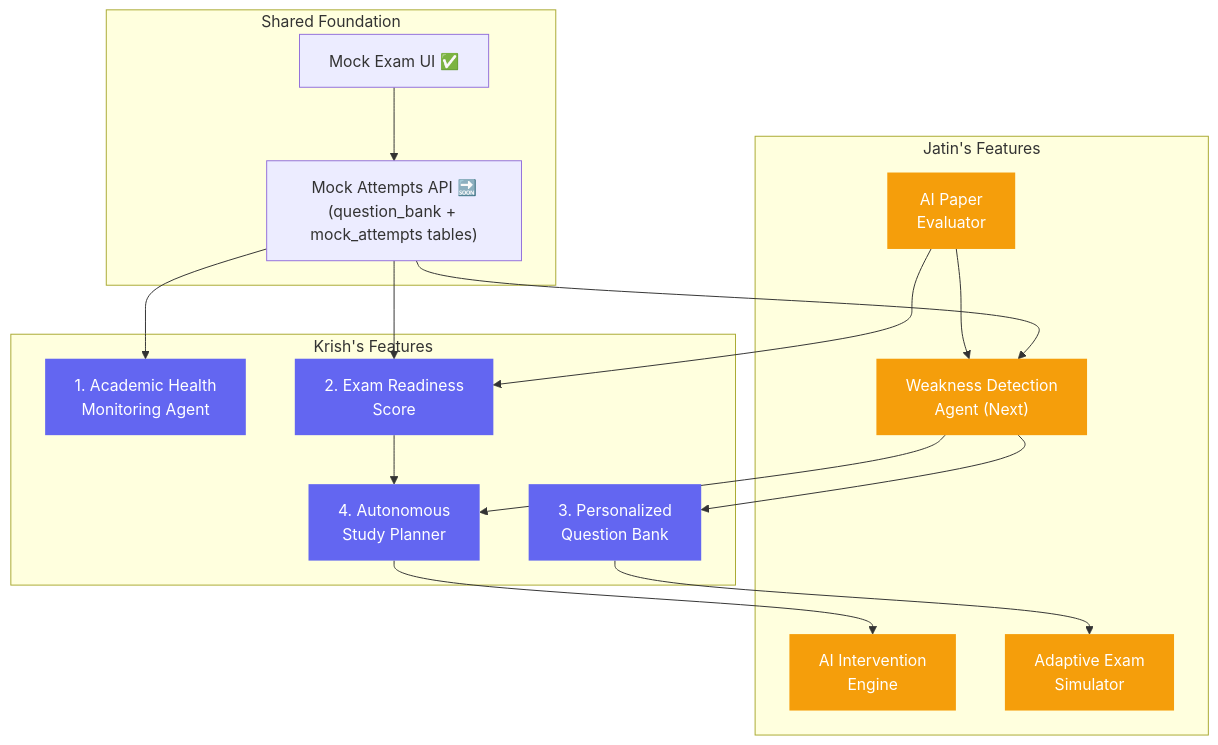
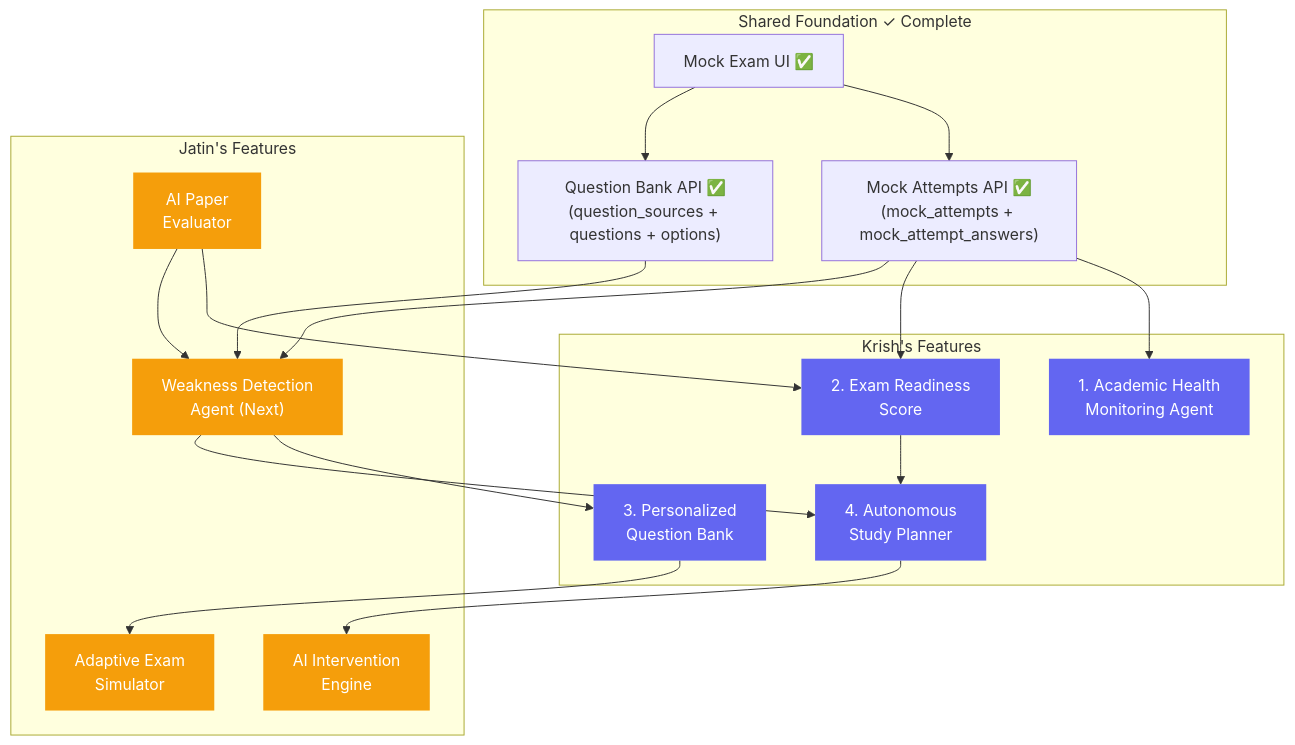
The diagram in krish-tasks-roadmap.md (randomboy24/sutra-ai), drawn with Mermaid before and after one commit. The commit also changed other lines of this file, not shown here.

Commit message:
Update roadmap: mark mock infra complete, add weakness detection entry

````diff
--- a/krish-tasks-roadmap.md
+++ b/krish-tasks-roadmap.md
@@ -23,47 +23,50 @@
 ```mermaid
 flowchart TB
-    subgraph Shared["Shared Foundation"]
+    subgraph Shared["Shared Foundation ✓ Complete"]
         Mock["Mock Exam UI ✅"]
-        Attempts["Mock Attempts API 🔜<br/>(question_bank + mock_attempts tables)"]
+        QuestionBank["Question Bank API ✅<br/>(question_sources + questions + options)"]
+        Attempts["Mock Attempts API ✅<br/>(mock_attempts + mock_attempt_answers)"]
     end
     
     subgraph Krish["Krish's Features"]
         Health["1. Academic Health<br/>Monitoring Agent"]
         Readiness["2. Exam Readiness<br/>Score"]
         QB["3. Personalized<br/>Question Bank"]
         Planner["4. Autonomous<br/>Study Planner"]
     end
     
     subgraph Jatin["Jatin's Features"]
         Weakness["Weakness Detection<br/>Agent (Next)"]
         Intervention["AI Intervention<br/>Engine"]
         Evaluator["AI Paper<br/>Evaluator"]
         Adaptive["Adaptive Exam<br/>Simulator"]
     end
     
     Mock --> Attempts
+    Mock --> QuestionBank
     
     Attempts --> Health
     Attempts --> Readiness
     Attempts --> Weakness
+    QuestionBank --> Weakness
     
     Weakness --> QB
     Weakness --> Planner
     
     Readiness --> Planner
     
     Evaluator --> Readiness
     Evaluator --> Weakness
     
     QB --> Adaptive
     Planner --> Intervention
     
     style Health fill:#6366f1,color:#fff,stroke:none
     style Readiness fill:#6366f1,color:#fff,stroke:none
     style QB fill:#6366f1,color:#fff,stroke:none
     style Planner fill:#6366f1,color:#fff,stroke:none
     style Weakness fill:#f59e0b,color:#fff,stroke:none
     style Intervention fill:#f59e0b,color:#fff,stroke:none
     style Evaluator fill:#f59e0b,color:#fff,stroke:none
     style Adaptive fill:#f59e0b,color:#fff,stroke:none
 ```
````
